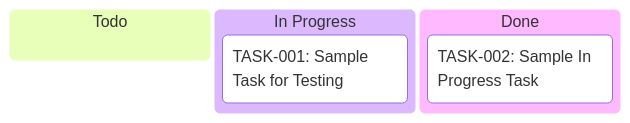
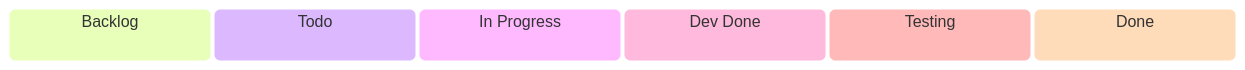
The first of 2 diagrams in plan.md (Interstellar-code/taskheromd), drawn with Mermaid before and after one commit. The commit also changed other lines of this file and 7 other files, not shown here.

````diff
--- a/plan.md
+++ b/plan.md
@@ -13,14 +16,20 @@
 ```mermaid
 ---
 config:
   kanban:
     ticketBaseUrl: 'https://project.atlassian.net/browse/#TICKET#'
 ---
 kanban
+  [Backlog]
+    
   Todo
     
   [In Progress]
-        TASK-001: Sample Task for Testing
+    
+  [Dev Done]
+    
+  [Testing]
+    
   [Done]
-        TASK-002: Sample In Progress Task
+    
 ```
````
